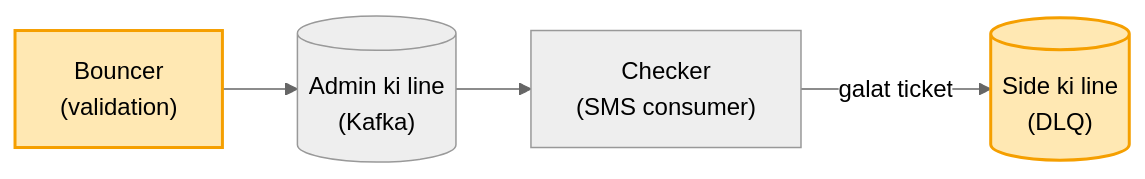
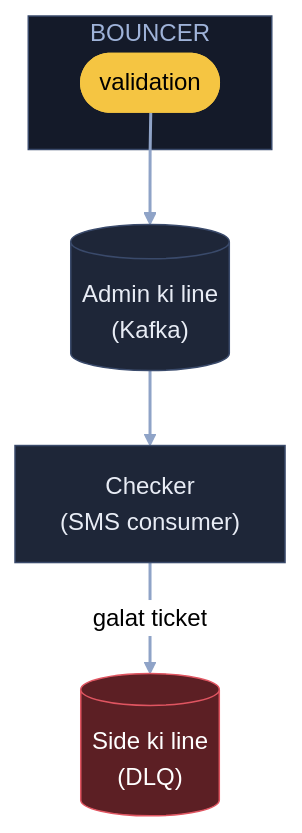
One commit to ArpanMaheshwari144/Prep changed the eighth of 10 diagrams in 04_HLD/SYSTEM_DESIGNS/12_message_queue_kafka/12_message_queue_kafka.md. Above: the diagram before and after it, drawn with Mermaid (neutral theme). The commit also changed other lines of this file, not shown here.

Commit message:
Kafka: 10 diagram YouTube (reel) wale card andaaz me

````diff
--- a/04_HLD/SYSTEM_DESIGNS/12_message_queue_kafka/12_message_queue_kafka.md
+++ b/04_HLD/SYSTEM_DESIGNS/12_message_queue_kafka/12_message_queue_kafka.md
@@ -187,8 +258,18 @@
 ```mermaid
-flowchart LR
-    B["Bouncer<br/>(validation)"] --> K[("Admin ki line<br/>(Kafka)")]
-    K --> C["Checker<br/>(SMS consumer)"]
-    C -- "galat ticket" --> D[("Side ki line<br/>(DLQ)")]
-    style B fill:#ffe8b3,stroke:#f59f00,stroke-width:2px,color:#000
-    style D fill:#ffe8b3,stroke:#f59f00,stroke-width:2px,color:#000
+flowchart TB
+    subgraph BN["BOUNCER"]
+        B(["validation"]):::pill
+    end
+    K[("Admin ki line<br/>(Kafka)")]:::card
+    C["Checker<br/>(SMS consumer)"]:::card
+    D[("Side ki line<br/>(DLQ)")]:::bad
+    B --> K
+    K --> C
+    C -- "galat ticket" --> D
+    linkStyle default stroke:#8fa3c7,stroke-width:2px
+    classDef card fill:#1e2638,stroke:#3a4a6b,color:#e8ecf5
+    classDef pill fill:#f5c542,stroke:#f5c542,color:#000
+    classDef good fill:#2e7d4f,stroke:#3fbf6f,color:#fff
+    classDef bad fill:#5c1f24,stroke:#e05561,color:#fff
+    style BN fill:#141a29,stroke:#3a4a6b,color:#9fb3d9
 ```
````
